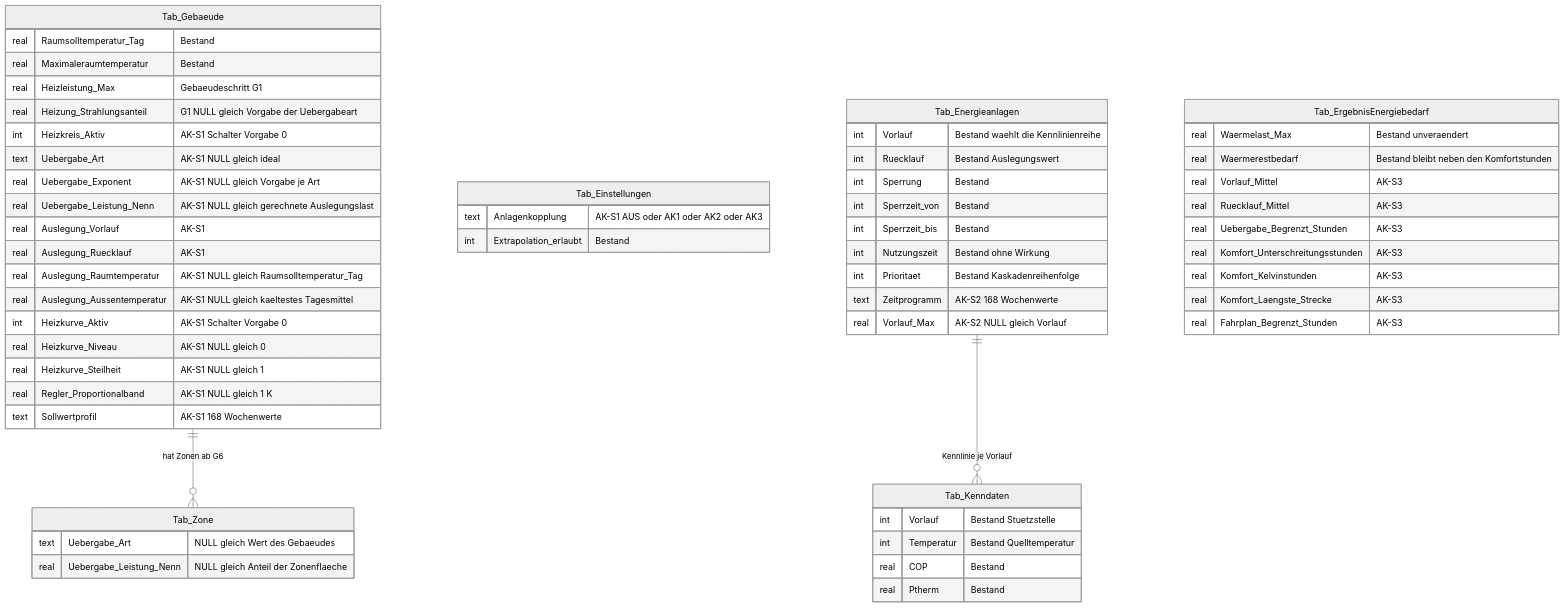
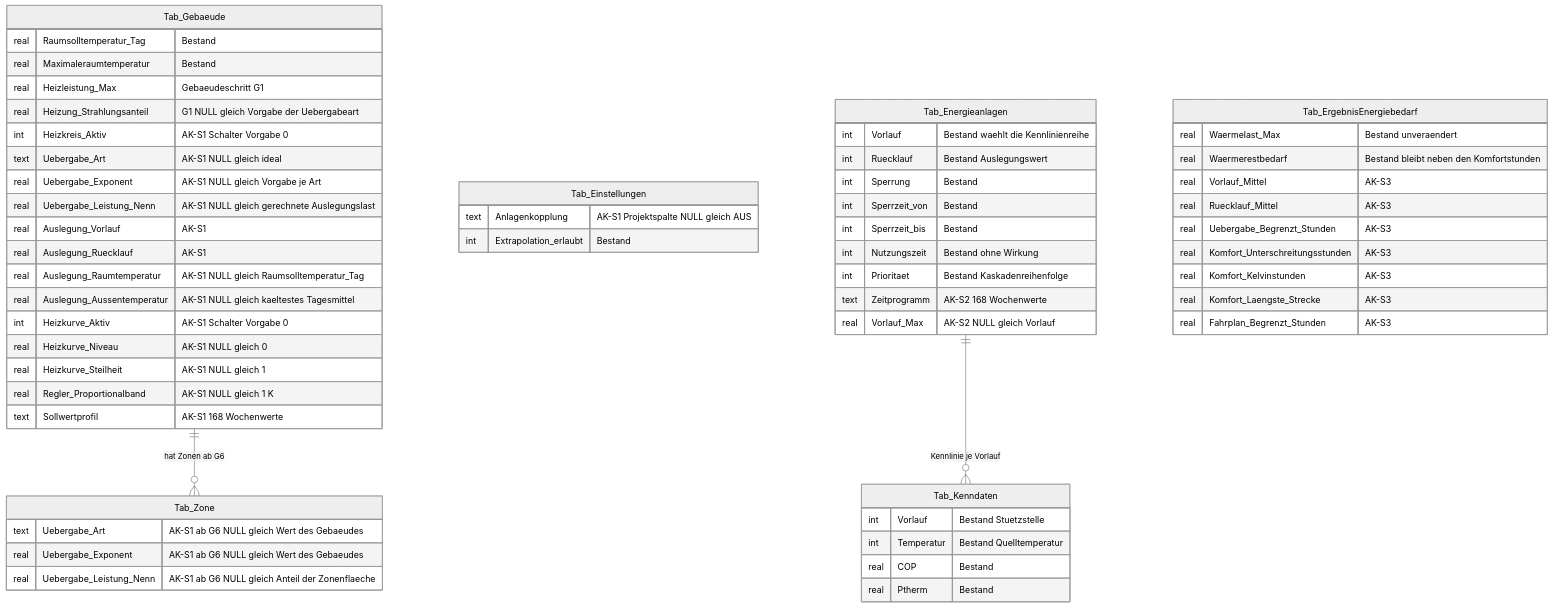
The third of 4 diagrams in Dokumentation/aktuell/Konzept_Anlagenkopplung_Gebaeudesimulation_EPOS-Plan.md (inekon/EPOS-Plan), drawn with Mermaid (neutral theme) before and after one commit. The commit also changed other lines of this file and 15 other files, not shown here.

````diff
--- a/Dokumentation/aktuell/Konzept_Anlagenkopplung_Gebaeudesimulation_EPOS-Plan.md
+++ b/Dokumentation/aktuell/Konzept_Anlagenkopplung_Gebaeudesimulation_EPOS-Plan.md
@@ -1092,60 +1268,61 @@
 ```mermaid
 erDiagram
     Tab_Gebaeude ||--o{ Tab_Zone : "hat Zonen ab G6"
     Tab_Gebaeude {
         real Raumsolltemperatur_Tag "Bestand"
         real Maximaleraumtemperatur "Bestand"
         real Heizleistung_Max "Gebaeudeschritt G1"
         real Heizung_Strahlungsanteil "G1 NULL gleich Vorgabe der Uebergabeart"
         int Heizkreis_Aktiv "AK-S1 Schalter Vorgabe 0"
         text Uebergabe_Art "AK-S1 NULL gleich ideal"
         real Uebergabe_Exponent "AK-S1 NULL gleich Vorgabe je Art"
         real Uebergabe_Leistung_Nenn "AK-S1 NULL gleich gerechnete Auslegungslast"
         real Auslegung_Vorlauf "AK-S1"
         real Auslegung_Ruecklauf "AK-S1"
         real Auslegung_Raumtemperatur "AK-S1 NULL gleich Raumsolltemperatur_Tag"
         real Auslegung_Aussentemperatur "AK-S1 NULL gleich kaeltestes Tagesmittel"
         int Heizkurve_Aktiv "AK-S1 Schalter Vorgabe 0"
         real Heizkurve_Niveau "AK-S1 NULL gleich 0"
         real Heizkurve_Steilheit "AK-S1 NULL gleich 1"
         real Regler_Proportionalband "AK-S1 NULL gleich 1 K"
         text Sollwertprofil "AK-S1 168 Wochenwerte"
     }
     Tab_Zone {
-        text Uebergabe_Art "NULL gleich Wert des Gebaeudes"
-        real Uebergabe_Leistung_Nenn "NULL gleich Anteil der Zonenflaeche"
+        text Uebergabe_Art "AK-S1 ab G6 NULL gleich Wert des Gebaeudes"
+        real Uebergabe_Exponent "AK-S1 ab G6 NULL gleich Wert des Gebaeudes"
+        real Uebergabe_Leistung_Nenn "AK-S1 ab G6 NULL gleich Anteil der Zonenflaeche"
     }
     Tab_Einstellungen {
-        text Anlagenkopplung "AK-S1 AUS oder AK1 oder AK2 oder AK3"
+        text Anlagenkopplung "AK-S1 Projektspalte NULL gleich AUS"
         int Extrapolation_erlaubt "Bestand"
     }
     Tab_Energieanlagen ||--o{ Tab_Kenndaten : "Kennlinie je Vorlauf"
     Tab_Energieanlagen {
         int Vorlauf "Bestand waehlt die Kennlinienreihe"
         int Ruecklauf "Bestand Auslegungswert"
         int Sperrung "Bestand"
         int Sperrzeit_von "Bestand"
         int Sperrzeit_bis "Bestand"
         int Nutzungszeit "Bestand ohne Wirkung"
         int Prioritaet "Bestand Kaskadenreihenfolge"
         text Zeitprogramm "AK-S2 168 Wochenwerte"
         real Vorlauf_Max "AK-S2 NULL gleich Vorlauf"
     }
     Tab_Kenndaten {
         int Vorlauf "Bestand Stuetzstelle"
         int Temperatur "Bestand Quelltemperatur"
         real COP "Bestand"
         real Ptherm "Bestand"
     }
     Tab_ErgebnisEnergiebedarf {
         real Waermelast_Max "Bestand unveraendert"
         real Waermerestbedarf "Bestand bleibt neben den Komfortstunden"
         real Vorlauf_Mittel "AK-S3"
         real Ruecklauf_Mittel "AK-S3"
         real Uebergabe_Begrenzt_Stunden "AK-S3"
         real Komfort_Unterschreitungsstunden "AK-S3"
         real Komfort_Kelvinstunden "AK-S3"
         real Komfort_Laengste_Strecke "AK-S3"
         real Fahrplan_Begrenzt_Stunden "AK-S3"
     }
 ```
````
